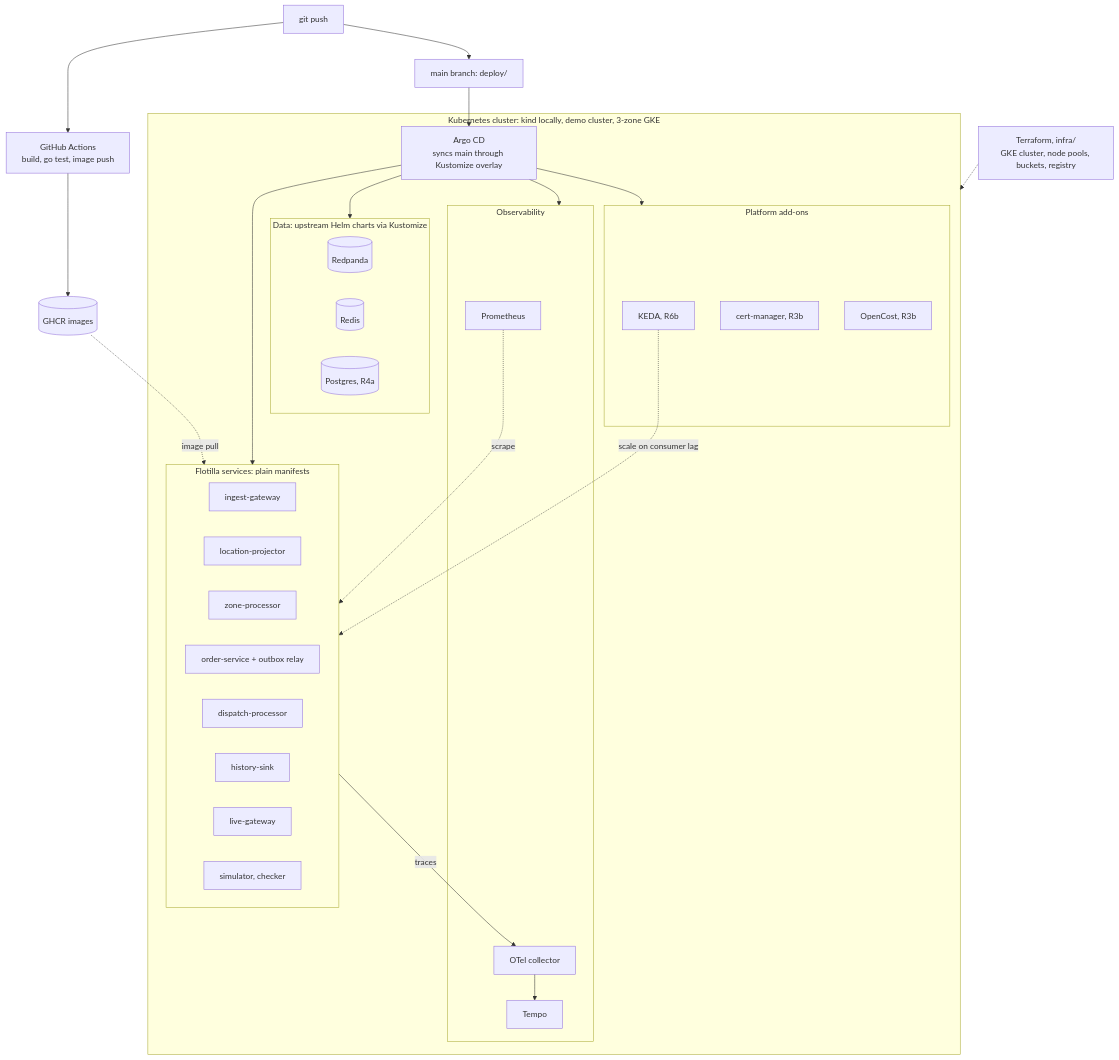
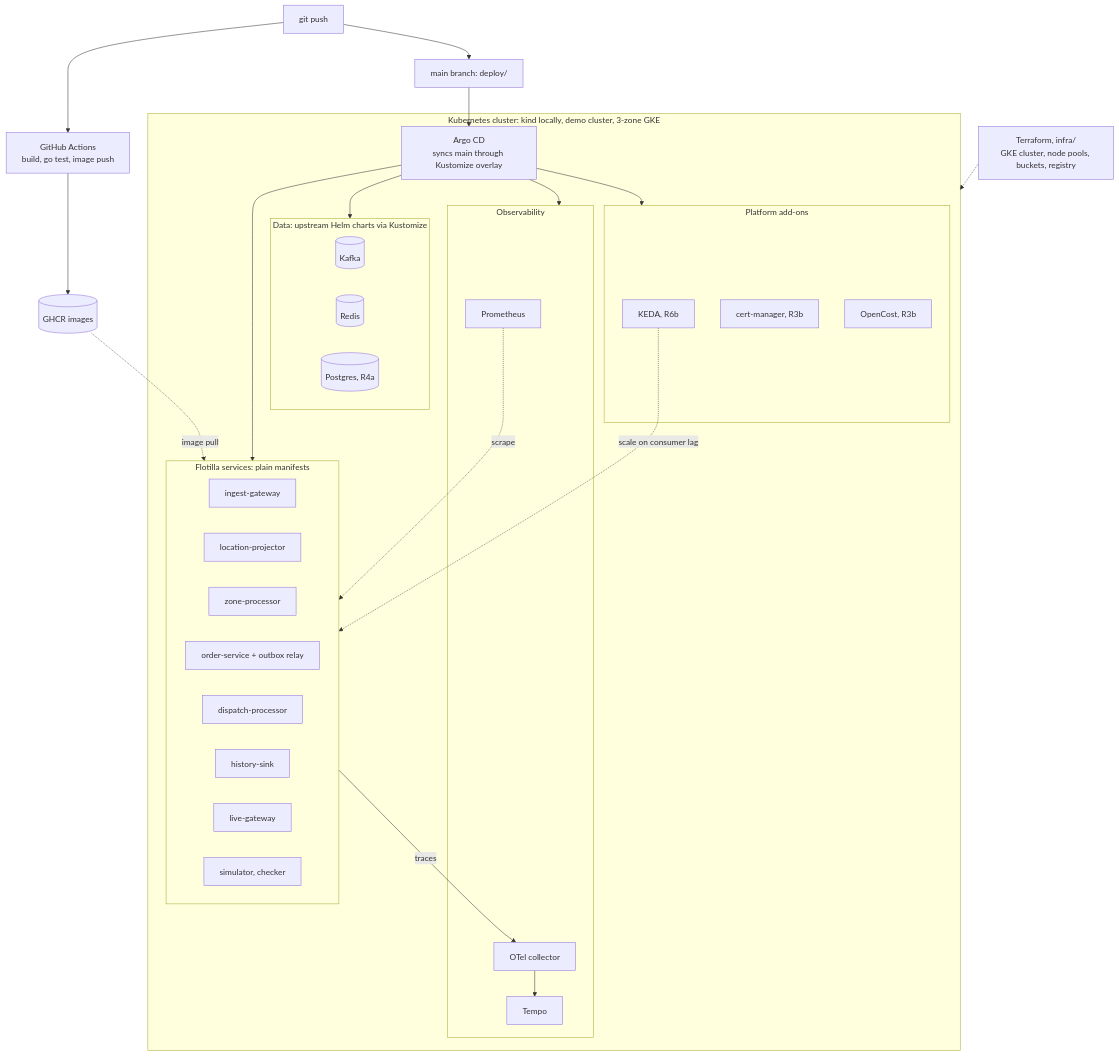
One commit to Abdelwahab313/flotilla-stream changed the third of 5 diagrams in README.md. Above: the diagram before and after it, drawn with Mermaid. The commit also changed other lines of this file and 29 other files, not shown here.

````diff
--- a/README.md
+++ b/README.md
@@ -193,50 +220,50 @@
 ```mermaid
 flowchart TB
   DEV["git push"] --> CI["GitHub Actions<br/>build, go test, image push"]
   CI --> GHCR[("GHCR images")]
   DEV --> MAIN["main branch: deploy/"]
   TF["Terraform, infra/<br/>GKE cluster, node pools, buckets, registry"] -.-> CLUSTER
 
   subgraph CLUSTER["Kubernetes cluster: kind locally, demo cluster, 3-zone GKE"]
     ARGO["Argo CD<br/>syncs main through Kustomize overlay"]
 
     subgraph APPS["Flotilla services: plain manifests"]
       D1["ingest-gateway"]
       D2["location-projector"]
       D3["zone-processor"]
       D4["order-service + outbox relay"]
       D5["dispatch-processor"]
       D6["history-sink"]
       D7["live-gateway"]
       D8["simulator, checker"]
     end
 
     subgraph DATA["Data: upstream Helm charts via Kustomize"]
-      RP[("Redpanda")]
+      RP[("Kafka")]
       RD[("Redis")]
       PGS[("Postgres, R4a")]
     end
 
     subgraph OBS["Observability"]
       OTEL["OTel collector"]
       TEMPO["Tempo"]
       PROM["Prometheus"]
     end
 
     subgraph ADDONS["Platform add-ons"]
       KEDA["KEDA, R6b"]
       CM["cert-manager, R3b"]
       OC["OpenCost, R3b"]
     end
   end
 
   MAIN --> ARGO
   ARGO --> APPS
   ARGO --> DATA
   ARGO --> OBS
   ARGO --> ADDONS
   GHCR -. "image pull" .-> APPS
   APPS -- "traces" --> OTEL --> TEMPO
   PROM -. "scrape" .-> APPS
   KEDA -. "scale on consumer lag" .-> APPS
 ```
````
